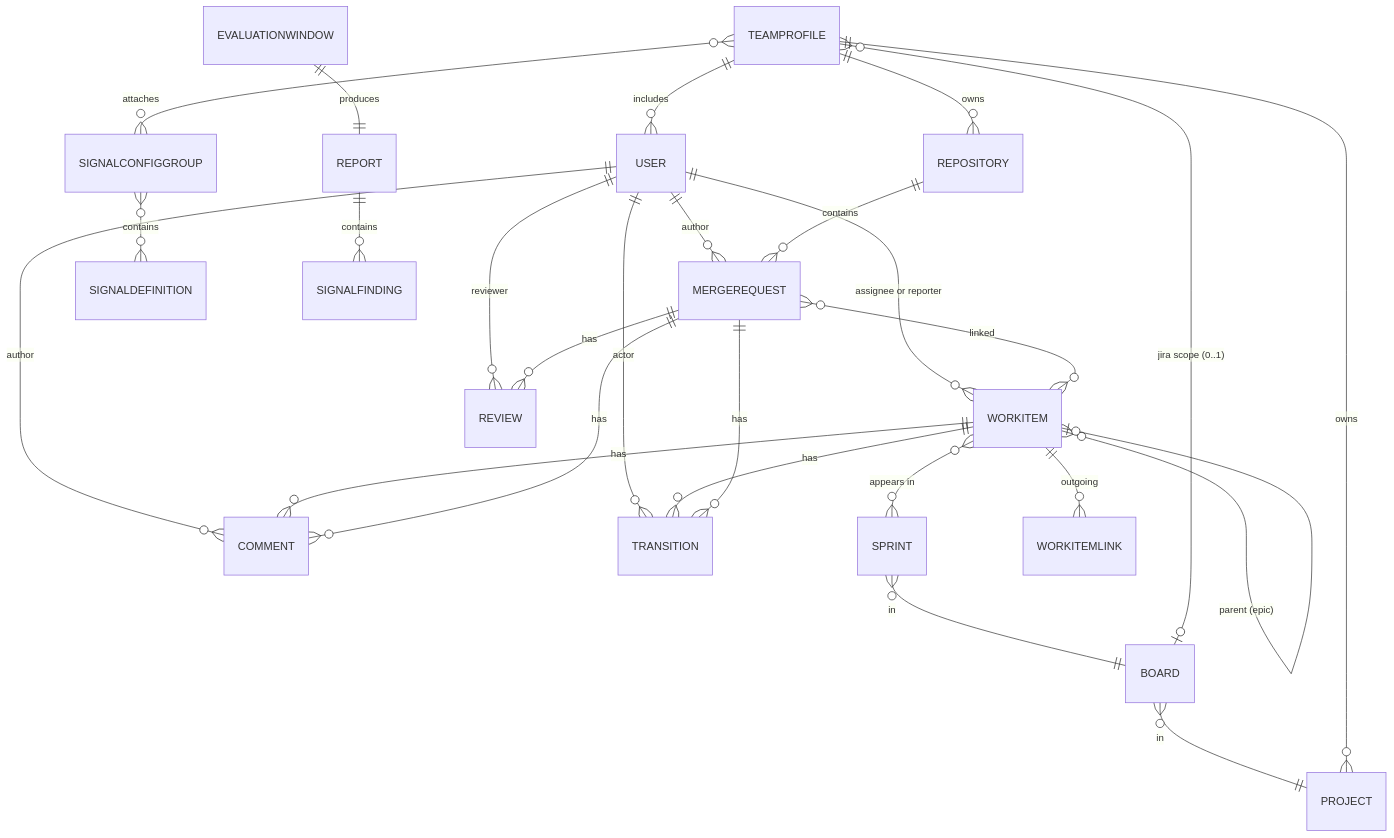
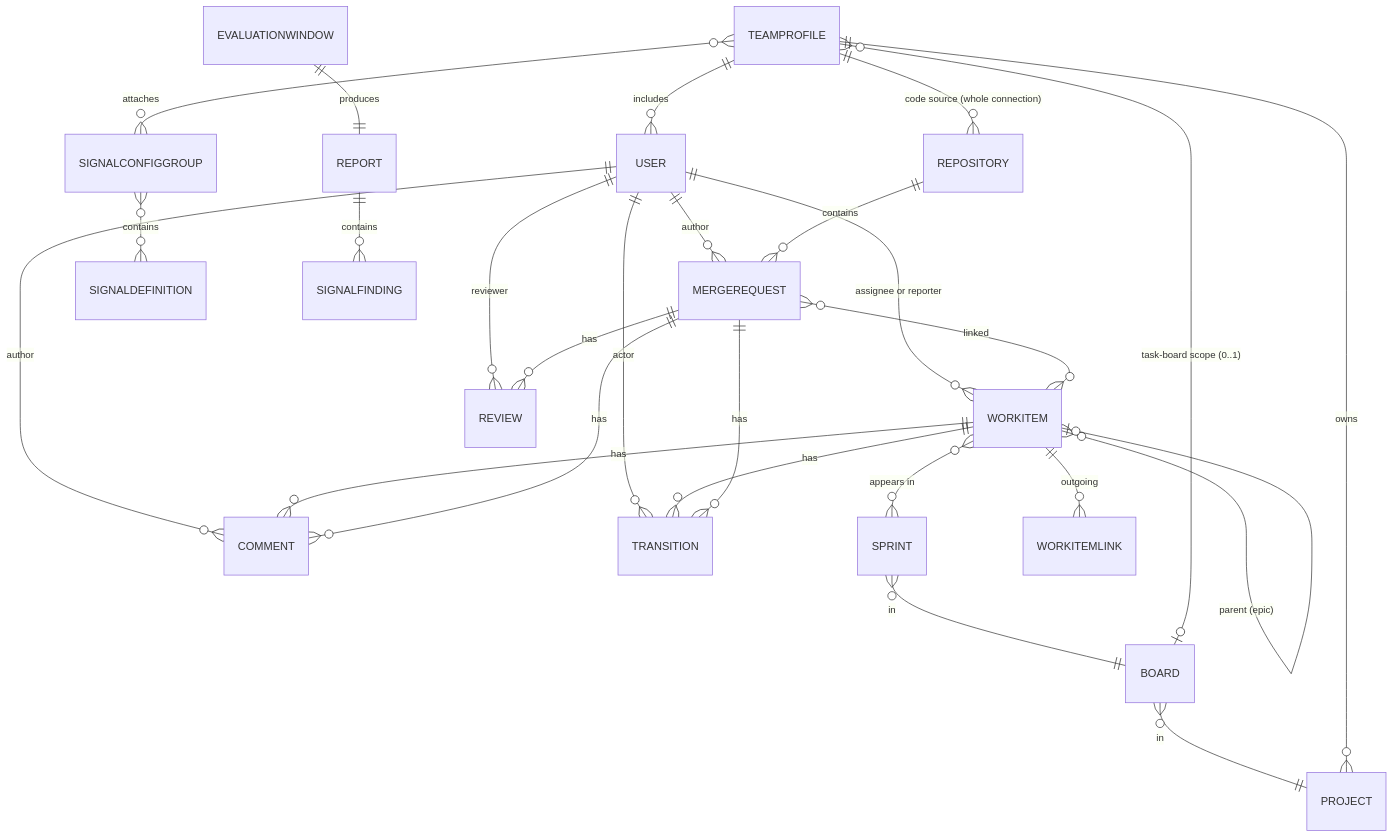
The diagram in docs/05-data-model.md (serdartas/em-radar), drawn with Mermaid before and after one commit. The commit also changed other lines of this file and 5 other files, not shown here.

````diff
--- a/docs/05-data-model.md
+++ b/docs/05-data-model.md
@@ -30,33 +30,33 @@
 ```mermaid
 erDiagram
     USER ||--o{ WORKITEM : "assignee or reporter"
     USER ||--o{ MERGEREQUEST : "author"
     USER ||--o{ REVIEW : "reviewer"
     USER ||--o{ COMMENT : "author"
     USER ||--o{ TRANSITION : "actor"
 
     WORKITEM ||--o{ COMMENT : "has"
     WORKITEM ||--o{ TRANSITION : "has"
     WORKITEM }o--o{ SPRINT : "appears in"
     WORKITEM }o--o| WORKITEM : "parent (epic)"
     WORKITEM ||--o{ WORKITEMLINK : "outgoing"
 
     SPRINT }o--|| BOARD : "in"
     BOARD }o--|| PROJECT : "in"
 
     REPOSITORY ||--o{ MERGEREQUEST : "contains"
     MERGEREQUEST ||--o{ REVIEW : "has"
     MERGEREQUEST ||--o{ COMMENT : "has"
     MERGEREQUEST ||--o{ TRANSITION : "has"
     MERGEREQUEST }o--o{ WORKITEM : "linked"
 
     TEAMPROFILE ||--o{ PROJECT : "owns"
-    TEAMPROFILE ||--o{ REPOSITORY : "owns"
+    TEAMPROFILE ||--o{ REPOSITORY : "code source (whole connection)"
     TEAMPROFILE ||--o{ USER : "includes"
-    TEAMPROFILE }o--o| BOARD : "jira scope (0..1)"
+    TEAMPROFILE }o--o| BOARD : "task-board scope (0..1)"
     TEAMPROFILE }o--o{ SIGNALCONFIGGROUP : "attaches"
     SIGNALCONFIGGROUP }o--o{ SIGNALDEFINITION : "contains"
 
     EVALUATIONWINDOW ||--|| REPORT : "produces"
     REPORT ||--o{ SIGNALFINDING : "contains"
 ```
````
